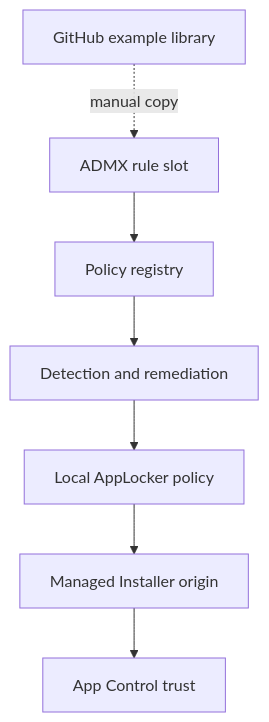
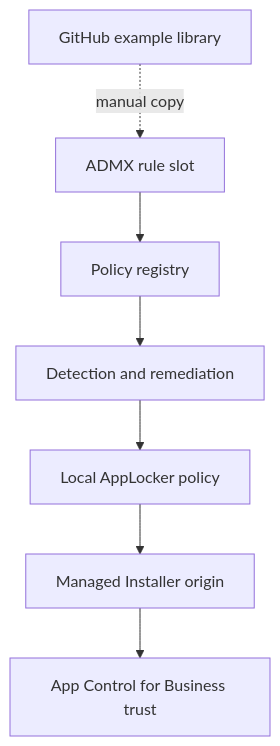
The diagram in docs/architecture.md (roryvossepoel/windows-managed-installer-toolkit), drawn with Mermaid before and after one commit. The commit also changed other lines of this file, not shown here.

Commit message:
Use App Control for Business terminology in docs/architecture.md

````diff
--- a/docs/architecture.md
+++ b/docs/architecture.md
@@ -5,9 +5,9 @@
 ```mermaid
 flowchart TD
     L[GitHub example library] -. manual copy .-> A[ADMX rule slot]
     A --> B[Policy registry]
     B --> C[Detection and remediation]
     C --> D[Local AppLocker policy]
     D --> E[Managed Installer origin]
-    E --> F[App Control trust]
+    E --> F[App Control for Business trust]
 ```
````
